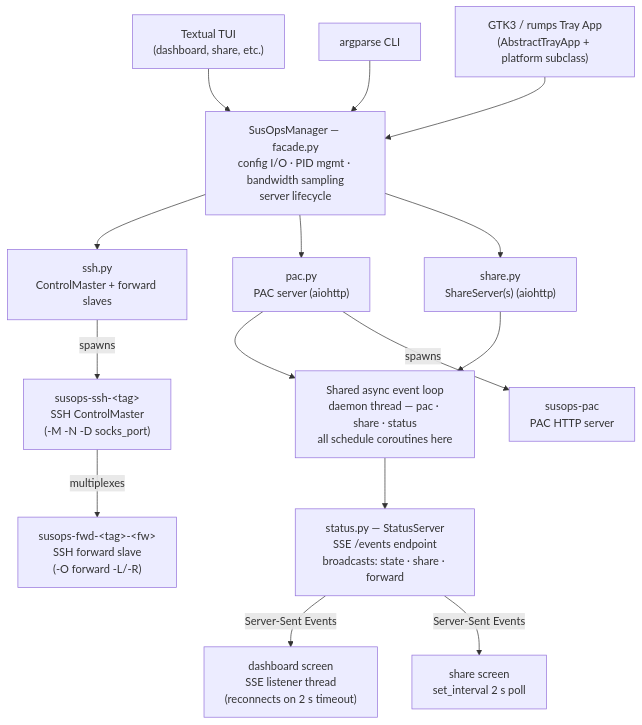
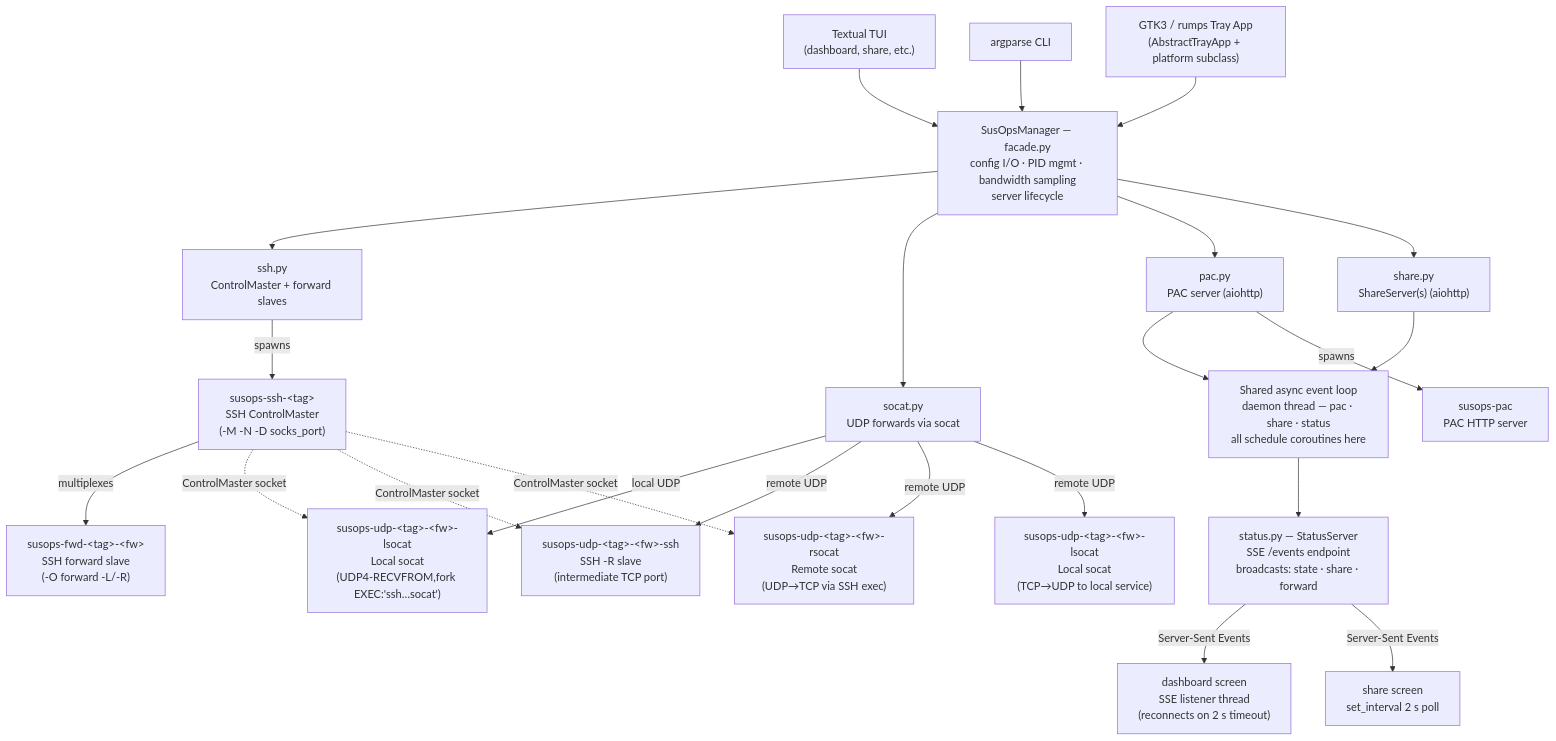
The diagram in CLAUDE.md (mashb1t/susops), drawn with Mermaid before and after one commit. The commit also changed other lines of this file and 1 other file, not shown here.

First line of the commit message:
docs: document UDP port forwarding architecture and usage

````diff
--- a/CLAUDE.md
+++ b/CLAUDE.md
@@ -76,42 +77,55 @@
 ```mermaid
 flowchart TD
     TUI["Textual TUI\n(dashboard, share, etc.)"]
     CLI["argparse CLI"]
     Tray["GTK3 / rumps Tray App\n(AbstractTrayApp + platform subclass)"]
 
     Facade["SusOpsManager — facade.py\nconfig I/O · PID mgmt · bandwidth sampling\nserver lifecycle"]
 
     SSH["ssh.py\nControlMaster + forward slaves"]
+    Socat["socat.py\nUDP forwards via socat"]
     PAC["pac.py\nPAC server (aiohttp)"]
     Share["share.py\nShareServer(s) (aiohttp)"]
 
     Loop["Shared async event loop\ndaemon thread — pac · share · status\nall schedule coroutines here"]
 
     Status["status.py — StatusServer\nSSE /events endpoint\nbroadcasts: state · share · forward"]
 
     Dashboard["dashboard screen\nSSE listener thread\n(reconnects on 2 s timeout)"]
     ShareScreen["share screen\nset_interval 2 s poll"]
 
     Master["susops-ssh-&lt;tag&gt;\nSSH ControlMaster\n(-M -N -D socks_port)"]
     Slave["susops-fwd-&lt;tag&gt;-&lt;fw&gt;\nSSH forward slave\n(-O forward -L/-R)"]
     PacProc["susops-pac\nPAC HTTP server"]
+    UDPLocal["susops-udp-&lt;tag&gt;-&lt;fw&gt;-lsocat\nLocal socat\n(UDP4-RECVFROM,fork EXEC:'ssh…socat')"]
+    UDPSsh["susops-udp-&lt;tag&gt;-&lt;fw&gt;-ssh\nSSH -R slave\n(intermediate TCP port)"]
+    UDPRsocat["susops-udp-&lt;tag&gt;-&lt;fw&gt;-rsocat\nRemote socat\n(UDP→TCP via SSH exec)"]
+    UDPLsocat["susops-udp-&lt;tag&gt;-&lt;fw&gt;-lsocat\nLocal socat\n(TCP→UDP to local service)"]
 
     TUI --> Facade
     CLI --> Facade
     Tray --> Facade
 
     Facade --> SSH
+    Facade --> Socat
     Facade --> PAC
     Facade --> Share
 
     PAC --> Loop
     Share --> Loop
     Loop --> Status
 
     Status -->|Server-Sent Events| Dashboard
     Status -->|Server-Sent Events| ShareScreen
 
     SSH -->|spawns| Master
     Master -->|multiplexes| Slave
     PAC -->|spawns| PacProc
+    Socat -->|local UDP| UDPLocal
+    Socat -->|remote UDP| UDPSsh
+    Socat -->|remote UDP| UDPRsocat
+    Socat -->|remote UDP| UDPLsocat
+    Master -.->|ControlMaster socket| UDPLocal
+    Master -.->|ControlMaster socket| UDPSsh
+    Master -.->|ControlMaster socket| UDPRsocat
 ```
````
